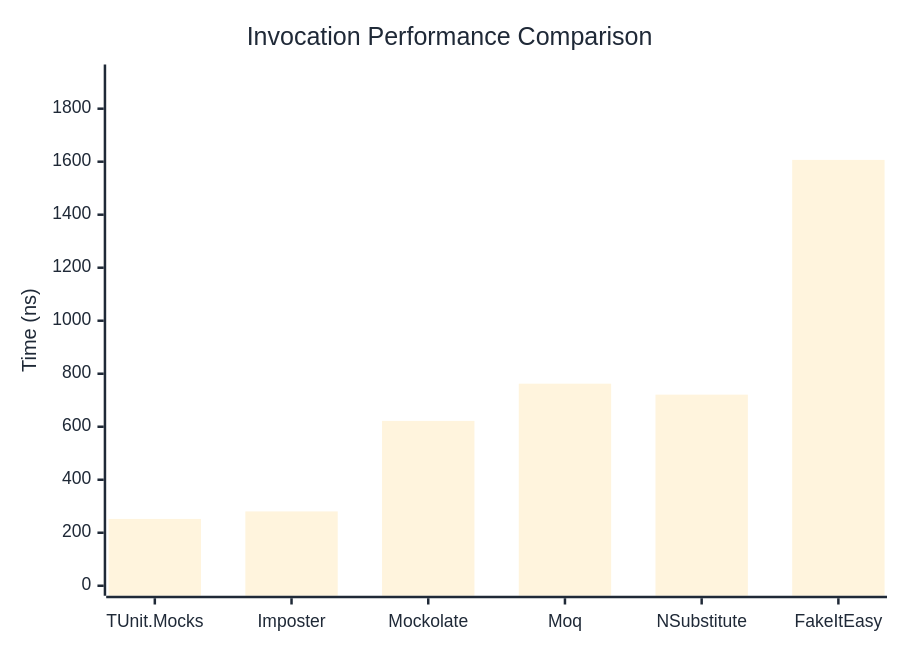
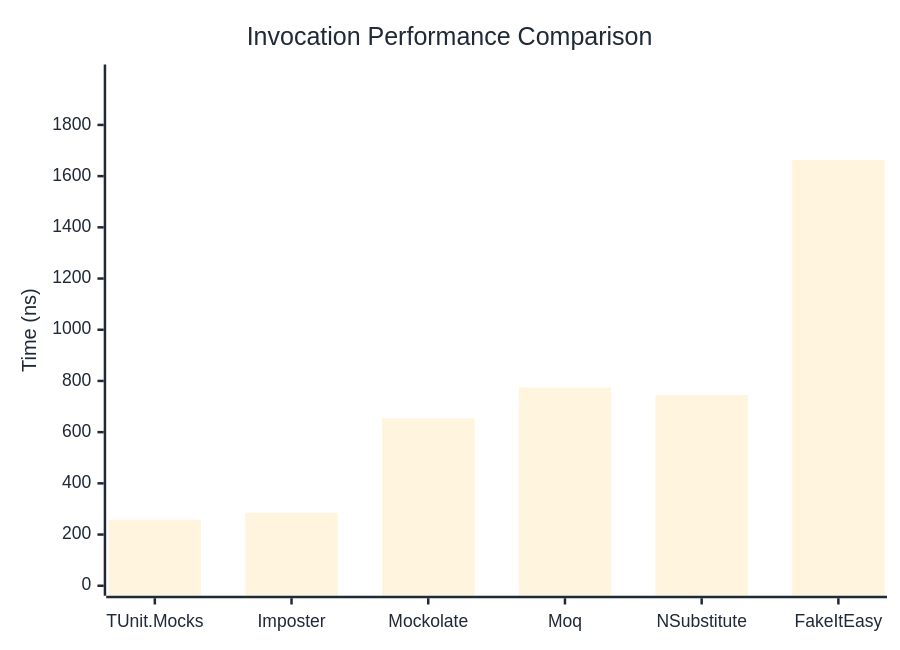
One commit to thomhurst/TUnit changed the first of 3 diagrams in docs/docs/benchmarks/mocks/Invocation.md. Above: the diagram before and after it, drawn with Mermaid. The commit also changed other lines of this file and 14 other files, not shown here.

````diff
--- a/docs/docs/benchmarks/mocks/Invocation.md
+++ b/docs/docs/benchmarks/mocks/Invocation.md
@@ -28,27 +28,27 @@
 ```mermaid
 %%{init: {
   'theme':'base',
   'themeVariables': {
     'primaryColor': '#2563eb',
     'primaryTextColor': '#1f2937',
     'primaryBorderColor': '#1e40af',
     'lineColor': '#6b7280',
     'secondaryColor': '#7c3aed',
     'tertiaryColor': '#dc2626',
     'background': '#ffffff',
     'pie1': '#2563eb',
     'pie2': '#7c3aed',
     'pie3': '#dc2626',
     'pie4': '#f59e0b',
     'pie5': '#10b981',
     'pie6': '#06b6d4',
     'pie7': '#ec4899',
     'pie8': '#6366f1'
   }
 }}%%
 xychart-beta
   title "Invocation Performance Comparison"
   x-axis ["TUnit.Mocks", "Imposter", "Mockolate", "Moq", "NSubstitute", "FakeItEasy"]
-  y-axis "Time (ns)" 0 --> 1929
-  bar [252.1, 280.5, 622, 762.4, 721, 1606.8]
+  y-axis "Time (ns)" 0 --> 1997
+  bar [257.9, 285.1, 654.4, 774.4, 745.1, 1663.6]
 ```
````
